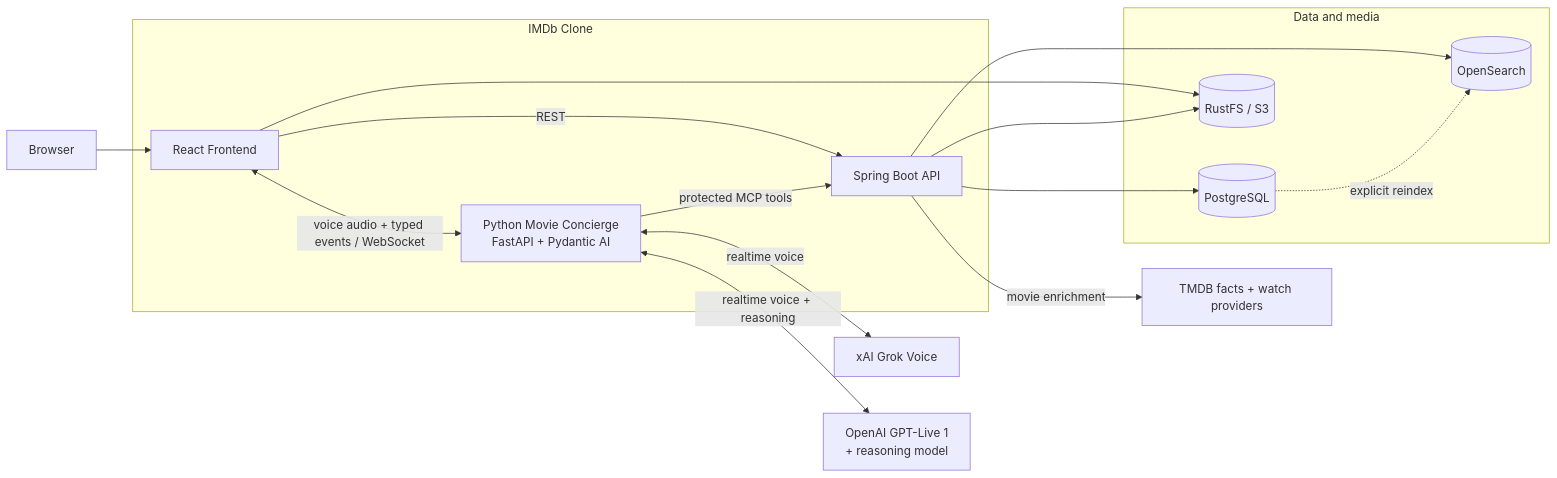
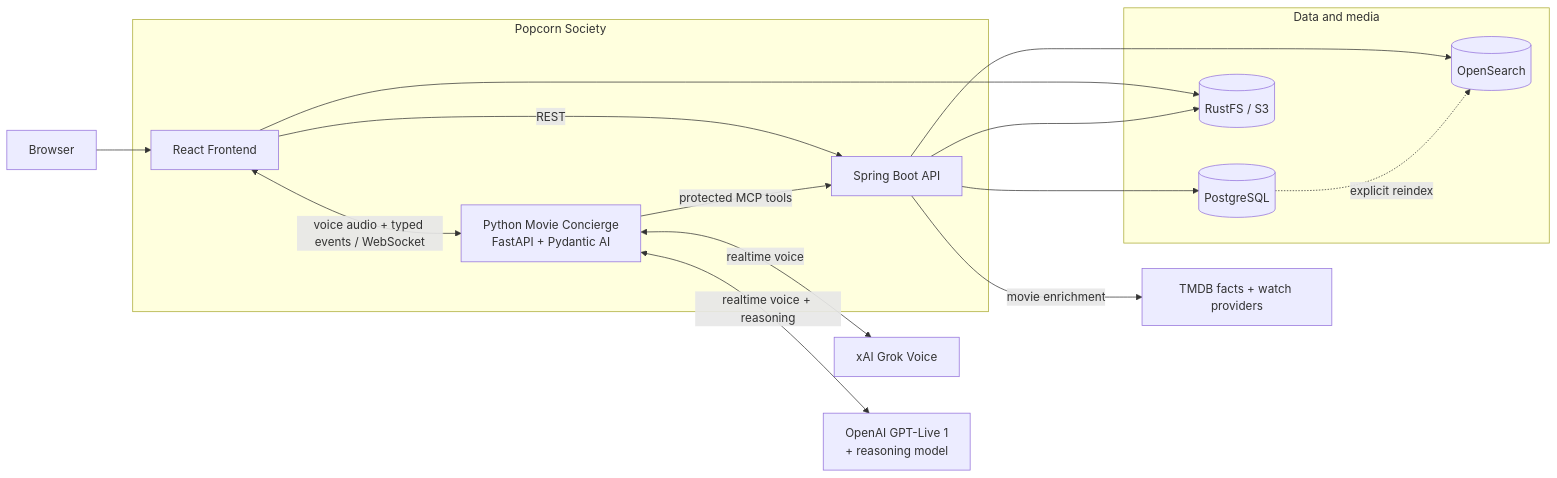
One commit to NiklasTiede/imdb-clone changed the first of 3 diagrams in README.md. Above: the diagram before and after it, drawn with Mermaid. The commit also changed other lines of this file and 48 other files, not shown here.

First line of the commit message:
feat: rebrand app as Popcorn Society

````diff
--- a/README.md
+++ b/README.md
@@ -103,32 +106,32 @@
 ```mermaid
 flowchart LR
   browser["Browser"]
   grok["xAI Grok Voice"]
   openai["OpenAI GPT-Live 1<br/>+ reasoning model"]
   tmdb["TMDB facts + watch providers"]
 
-  subgraph app["IMDb Clone"]
+  subgraph app["Popcorn Society"]
     frontend["React Frontend"]
     agent["Python Movie Concierge<br/>FastAPI + Pydantic AI"]
     backend["Spring Boot API"]
   end
 
   subgraph data["Data and media"]
     postgres[("PostgreSQL")]
     opensearch[("OpenSearch")]
     rustfs[("RustFS / S3")]
   end
 
   browser --> frontend
   frontend -- "REST" --> backend
   frontend <-->|"voice audio + typed events / WebSocket"| agent
   frontend --> rustfs
   agent <-->|"realtime voice"| grok
   agent <-->|"realtime voice + reasoning"| openai
   agent -- "protected MCP tools" --> backend
   backend --> postgres
   backend --> opensearch
   backend --> rustfs
   backend -- "movie enrichment" --> tmdb
   postgres -. "explicit reindex" .-> opensearch
 ```
````
